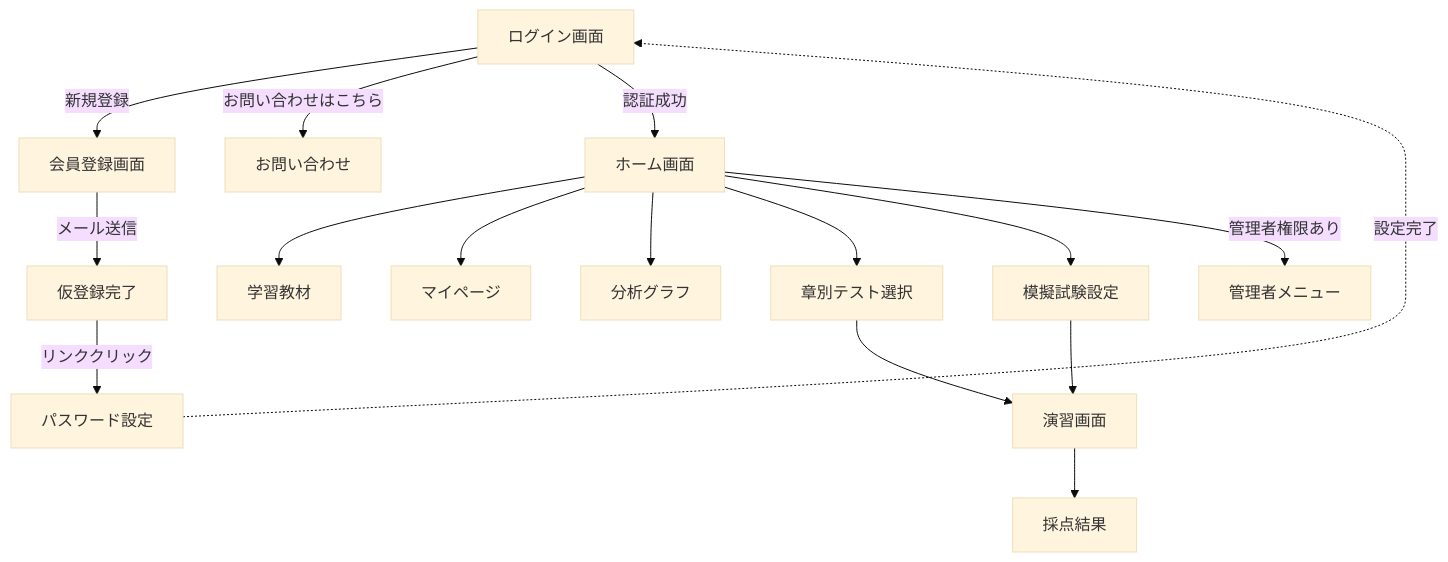
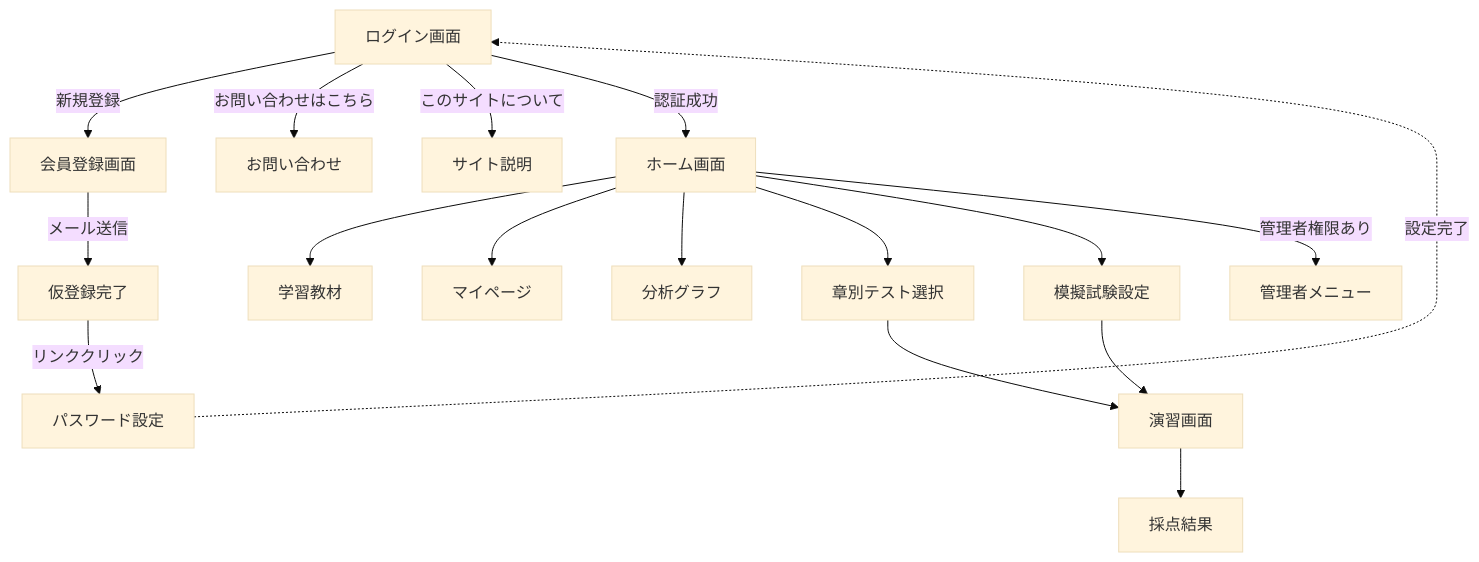
The first of 8 diagrams in detailed_spec_ver3.2.md (okkey-sun/okkey), drawn with Mermaid (base theme) before and after one commit. The commit also changed other lines of this file and 2 other files, not shown here.

Commit message:
サイト説明実装

````diff
--- a/detailed_spec_ver3.2.md
+++ b/detailed_spec_ver3.2.md
@@ -26,30 +26,31 @@
 ```mermaid
 graph TD
     %% ログイン前・認証フロー
     A[ログイン画面] -->|新規登録| B[会員登録画面]
     B -->|メール送信| C[仮登録完了]
     C -->|リンククリック| D[パスワード設定]
     
-    %% 矢印を左側から上へ戻す設定
     D -.->|設定完了| A
     
     %% ログイン前のみのアクセス
     A -->|お問い合わせはこちら| H[お問い合わせ]
-    
+
+    A -->|このサイトについて| O[サイト説明]
+
     %% メイン機能（ログイン後）
     A -->|認証成功| E[ホーム画面]
     
     E --> F[学習教材]
     E --> G[マイページ]
     E --> I[分析グラフ]
     E --> J[章別テスト選択]
     E --> K[模擬試験設定]
     
     %% 演習・結果
     J --> L[演習画面]
     K --> L
     L --> M[採点結果]
     
     %% 管理機能
     E -->|管理者権限あり| N[管理者メニュー]
 ```
````
